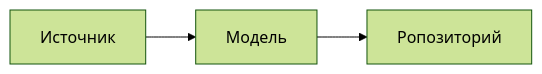
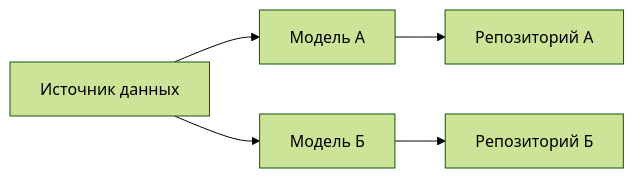
One commit to e22m4u/js-repository changed the diagram in README.md. Above: the diagram before and after it, drawn with Mermaid (forest theme). The commit also changed other lines of this file, not shown here.

````diff
--- a/README.md
+++ b/README.md
@@ -44,5 +45,7 @@
 ```mermaid
 flowchart LR
+  
+A[Источник данных]-->B[Модель A]-->D[Репозиторий А]
+A[Источник данных]-->C[Модель Б]-->E[Репозиторий Б]
 
-A[Источник]-->B[Модель]-->С[Ропозиторий];
 ```
````
